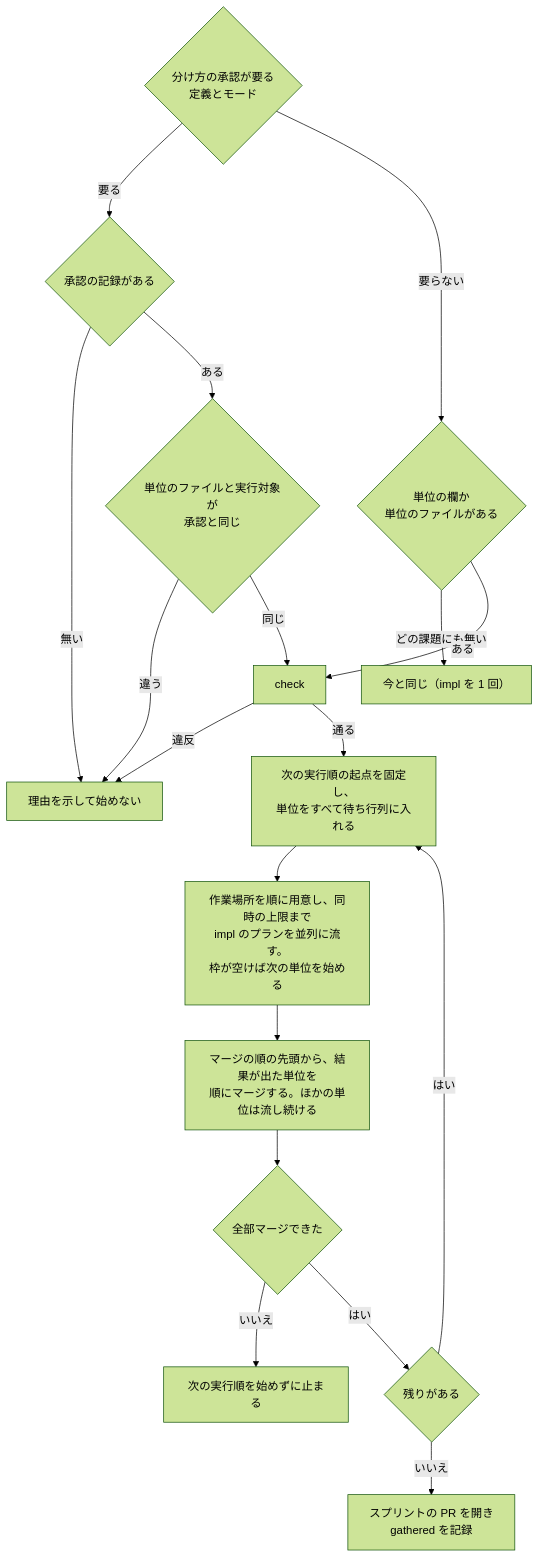
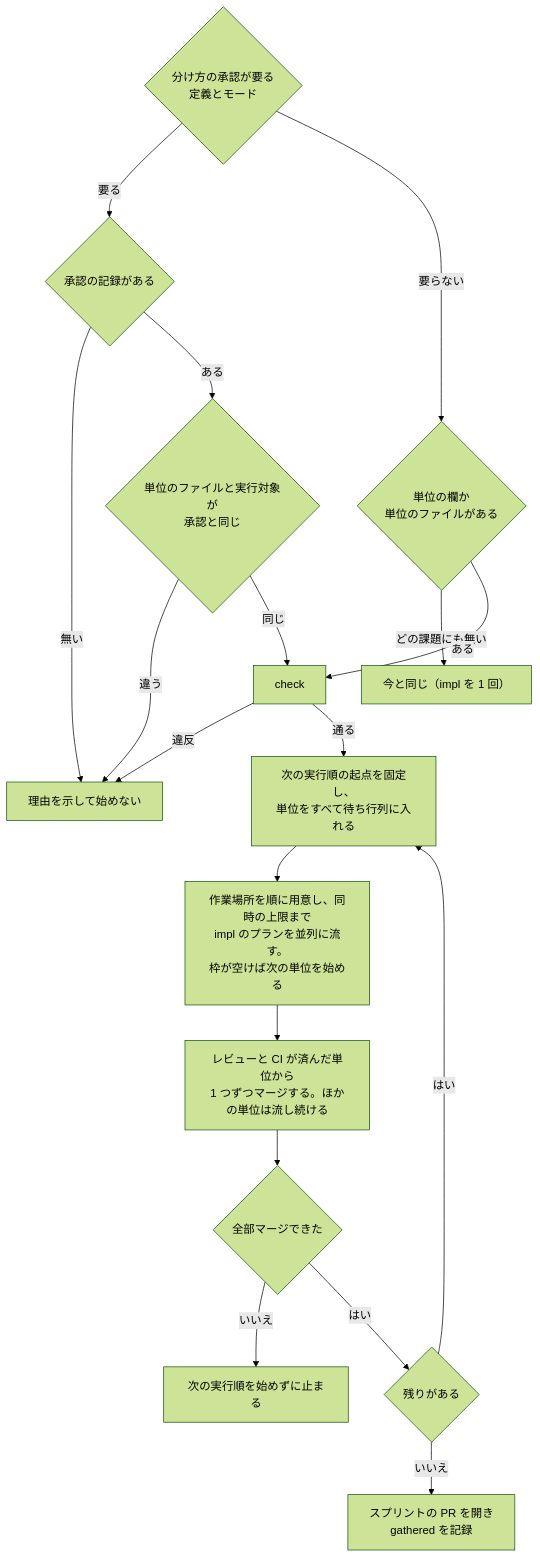
One commit to devbasex/ai-plugins changed the fourth of 4 diagrams in issues/issue-3702-design.md. Above: the diagram before and after it, drawn with Mermaid (forest theme). The commit also changed other lines of this file and 1 other file, not shown here.

````diff
--- a/issues/issue-3702-design.md
+++ b/issues/issue-3702-design.md
@@ -269,20 +275,20 @@
 ```mermaid
 flowchart TB
   R{"分け方の承認が要る<br/>定義とモード"} -->|要る| H{"承認の記録がある"}
   H -->|無い| X["理由を示して始めない"]
   H -->|ある| B{"単位のファイルと実行対象が<br/>承認と同じ"}
   B -->|違う| X
   B -->|同じ| C["check"]
   R -->|要らない| A{"単位の欄か<br/>単位のファイルがある"}
   A -->|どの課題にも無い| OLD["今と同じ（impl を 1 回）"]
   A -->|ある| C
   C -->|違反| X
   C -->|通る| G["次の実行順の起点を固定し、<br/>単位をすべて待ち行列に入れる"]
   G --> W["作業場所を順に用意し、同時の上限まで<br/>impl のプランを並列に流す。<br/>枠が空けば次の単位を始める"]
-  W --> M["マージの順の先頭から、結果が出た単位を<br/>順にマージする。ほかの単位は流し続ける"]
+  W --> M["レビューと CI が済んだ単位から<br/>1 つずつマージする。ほかの単位は流し続ける"]
   M --> Q{"全部マージできた"}
   Q -->|いいえ| Y["次の実行順を始めずに止まる"]
   Q -->|はい| N{"残りがある"}
   N -->|はい| G
   N -->|いいえ| P["スプリントの PR を開き<br/>gathered を記録"]
 ```
````
